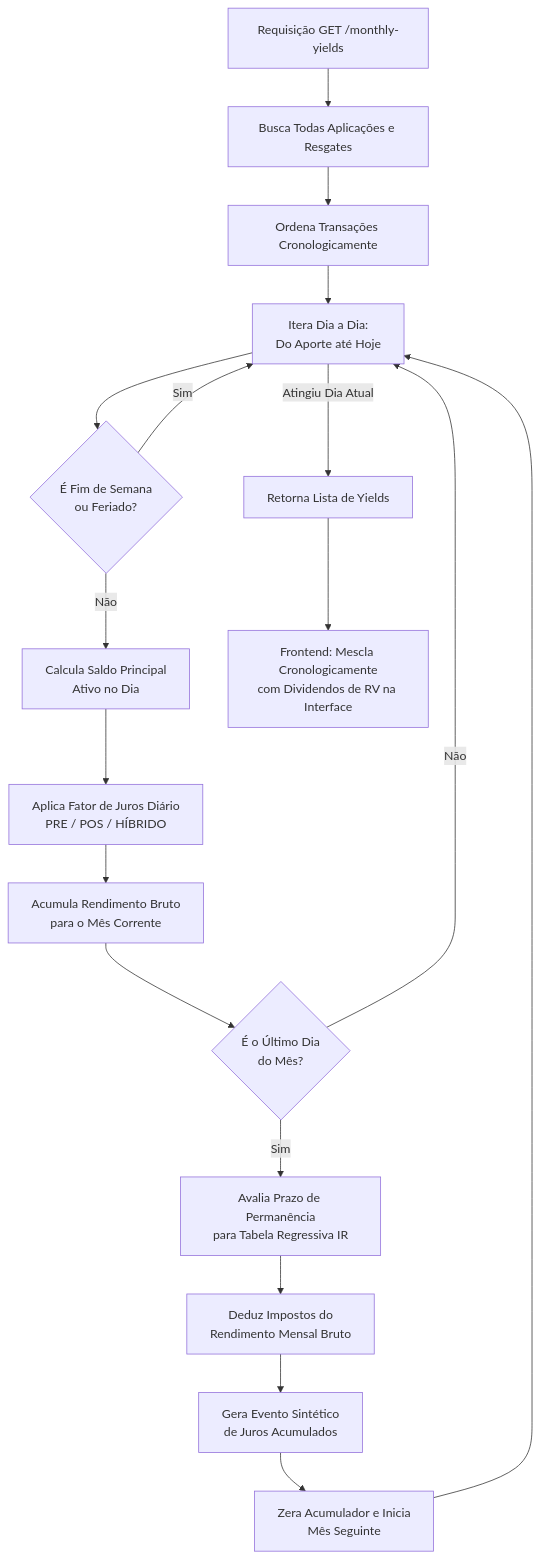
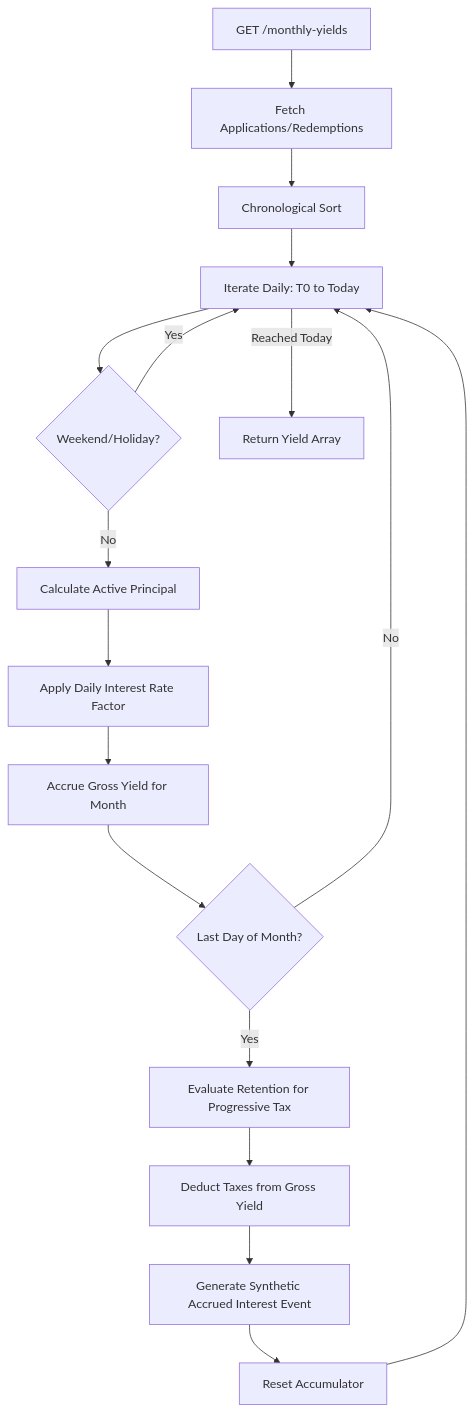
One commit to enakamura3/stock-pulse changed the sixth of 6 diagrams in README.md. Above: the diagram before and after it, drawn with Mermaid. The commit also changed other lines of this file, not shown here.

````diff
--- a/README.md
+++ b/README.md
@@ -277,24 +233,23 @@
 ```mermaid
 flowchart TD
-    Start[Requisição GET /monthly-yields] --> FetchTX[Busca Todas Aplicações e Resgates]
-    FetchTX --> Sort[Ordena Transações Cronologicamente]
-    Sort --> LoopDays[Itera Dia a Dia:<br>Do Aporte até Hoje]
-    LoopDays --> IsWeekend{É Fim de Semana<br>ou Feriado?}
+    Start[GET /monthly-yields] --> FetchTX[Fetch Applications/Redemptions]
+    FetchTX --> Sort[Chronological Sort]
+    Sort --> LoopDays[Iterate Daily: T0 to Today]
+    LoopDays --> IsWeekend{Weekend/Holiday?}
     
-    IsWeekend -- Sim --> LoopDays
-    IsWeekend -- Não --> CalcPrincipal[Calcula Saldo Principal<br>Ativo no Dia]
+    IsWeekend -- Yes --> LoopDays
+    IsWeekend -- No --> CalcPrincipal[Calculate Active Principal]
     
-    CalcPrincipal --> ApplyRate[Aplica Fator de Juros Diário<br>PRE / POS / HÍBRIDO]
-    ApplyRate --> AccrueInterest[Acumula Rendimento Bruto<br>para o Mês Corrente]
-    AccrueInterest --> EndOfMonth{É o Último Dia<br>do Mês?}
+    CalcPrincipal --> ApplyRate[Apply Daily Interest Rate Factor]
+    ApplyRate --> AccrueInterest[Accrue Gross Yield for Month]
+    AccrueInterest --> EndOfMonth{Last Day of Month?}
     
-    EndOfMonth -- Não --> LoopDays
-    EndOfMonth -- Sim --> CalcTaxes[Avalia Prazo de Permanência<br>para Tabela Regressiva IR]
-    CalcTaxes --> Deduct[Deduz Impostos do<br>Rendimento Mensal Bruto]
-    Deduct --> GenYield[Gera Evento Sintético<br>de Juros Acumulados]
-    GenYield --> ResetMonth[Zera Acumulador e Inicia<br>Mês Seguinte]
+    EndOfMonth -- No --> LoopDays
+    EndOfMonth -- Yes --> CalcTaxes[Evaluate Retention for Progressive Tax]
+    CalcTaxes --> Deduct[Deduct Taxes from Gross Yield]
+    Deduct --> GenYield[Generate Synthetic Accrued Interest Event]
+    GenYield --> ResetMonth[Reset Accumulator]
     ResetMonth --> LoopDays
     
-    LoopDays -- "Atingiu Dia Atual" --> Return[Retorna Lista de Yields]
-    Return --> Frontend[Frontend: Mescla Cronologicamente<br>com Dividendos de RV na Interface]
+    LoopDays -- "Reached Today" --> Return[Return Yield Array]
 ```
````
